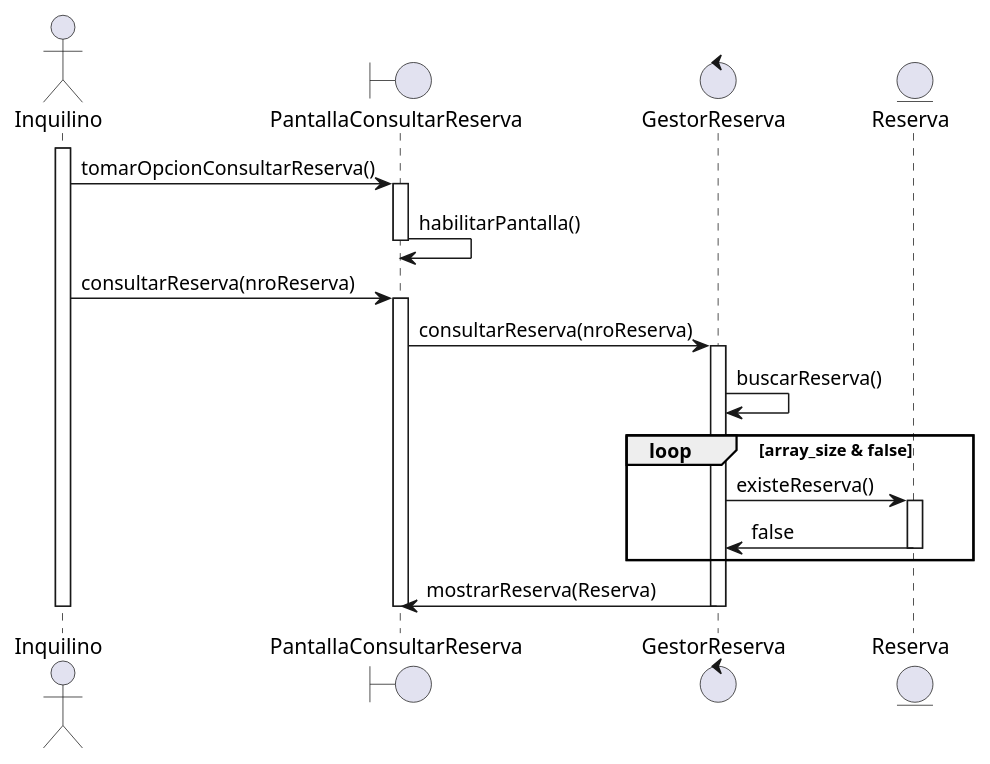
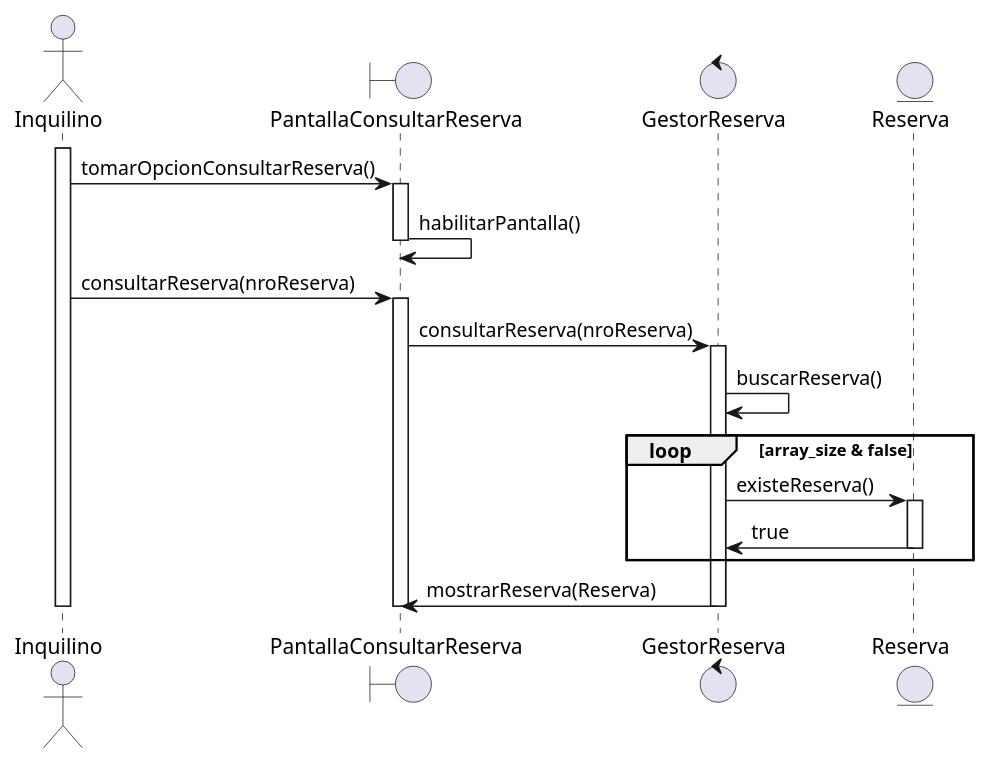
The diagram in Diagrama_Secuencia/Diagrama_de_Secuencia.puml (franciscolmos/IS1-EasyHome), drawn with PlantUML before and after one commit. The commit also changed 4 other files, not shown here.

Commit message:
[REFACTOR] - Diagrama CU - Clase - Secuencia

```diff
--- a/Diagrama_Secuencia/Diagrama_de_Secuencia.puml
+++ b/Diagrama_Secuencia/Diagrama_de_Secuencia.puml
@@ -1,31 +1,31 @@
 @startuml Diagrama_secuencia_consultar_reserva
 
 actor Inquilino
 boundary PantallaConsultarReserva
 control GestorReserva
 entity Reserva
 
 activate Inquilino
 Inquilino -> PantallaConsultarReserva: tomarOpcionConsultarReserva()
 activate PantallaConsultarReserva
 PantallaConsultarReserva -> PantallaConsultarReserva: habilitarPantalla()
 deactivate PantallaConsultarReserva
 
 Inquilino -> PantallaConsultarReserva: consultarReserva(nroReserva)
 activate PantallaConsultarReserva
 PantallaConsultarReserva -> GestorReserva: consultarReserva(nroReserva)
 activate GestorReserva
 GestorReserva -> GestorReserva: buscarReserva()
 loop array_size & false
     GestorReserva -> Reserva: existeReserva()
     activate Reserva
-    Reserva -> GestorReserva: false
+    Reserva -> GestorReserva: true
     deactivate Reserva
 end
 
 GestorReserva -> PantallaConsultarReserva: mostrarReserva(Reserva)
 deactivate GestorReserva
 deactivate PantallaConsultarReserva
 deactivate Inquilino
 
 @enduml
```
